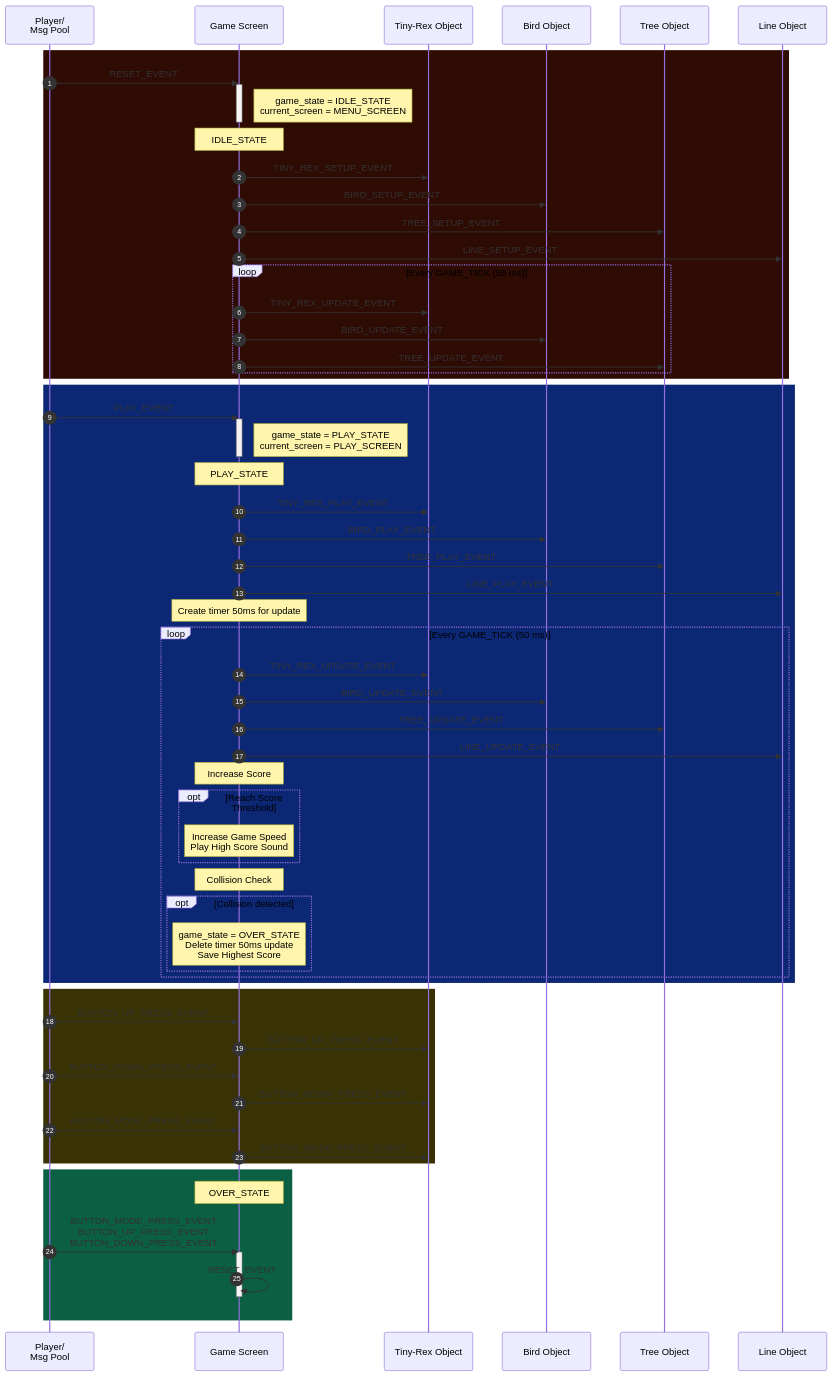
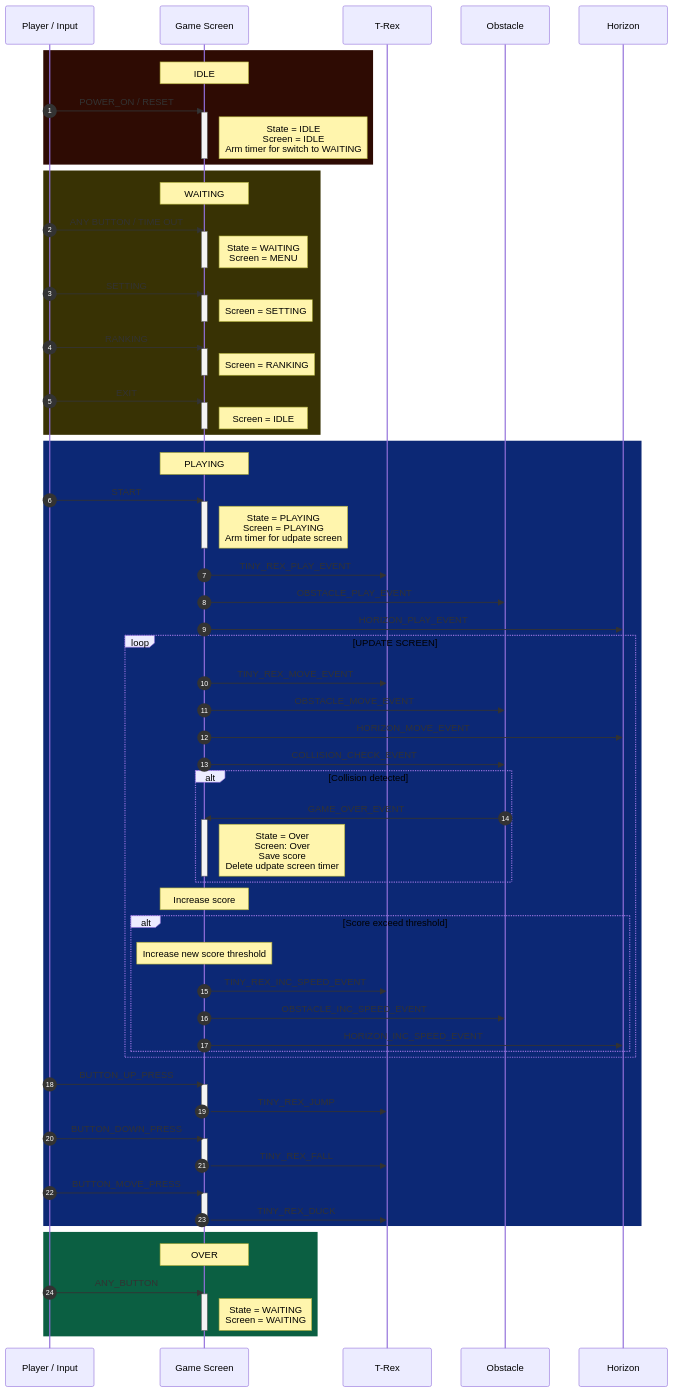
The diagram in README.md (truongvanvuembedded/Tiny-Rex), drawn with Mermaid before and after one commit. The commit also changed other lines of this file and 54 other files, not shown here.

````diff
--- a/README.md
+++ b/README.md
@@ -125,98 +137,97 @@
 sequenceDiagram
     autonumber
 
-    participant Act as Player/<br/>Msg Pool
+    participant Act as Player / Input
     participant Scr as Game Screen
-    participant Rex as Tiny-Rex Object
-    participant Bird as Bird Object
-    participant Tree as Tree Object
-    participant Line as Line Object
+    participant Rex as T-Rex
+    participant Obs as Obstacle
+    participant Hor as Horizon
 
-    %%========================
-    %% Reset Game
-    %%========================
+    %% ===== Idle Screen =====
     rect rgb(46, 11, 3)
-    Act->>Scr: RESET_EVENT
-    activate Scr
-    Note right of Scr: game_state = IDLE_STATE<br/>current_screen = MENU_SCREEN
-    deactivate Scr
-
-    Note over Scr: IDLE_STATE
-    Scr->>Rex: TINY_REX_SETUP_EVENT
-    Scr->>Bird: BIRD_SETUP_EVENT
-    Scr->>Tree: TREE_SETUP_EVENT
-    Scr->>Line: LINE_SETUP_EVENT
-
-    loop Every GAME_TICK (50 ms)
-        Scr->>Rex: TINY_REX_UPDATE_EVENT
-        Scr->>Bird: BIRD_UPDATE_EVENT
-        Scr->>Tree: TREE_UPDATE_EVENT
-    end
+		    Note over Scr: IDLE
+        Act->>Scr: POWER_ON / RESET
+        activate Scr
+        Note right of Scr: State = IDLE <br/> Screen = IDLE <br/> Arm timer for switch to WAITING
+        deactivate Scr
     end
 
-    %%========================
-    %% Start Game
-    %%========================
-    rect rgb(12, 40, 117)
-    Act->>Scr: PLAY_EVENT
-    activate Scr
-    Note right of Scr: game_state = PLAY_STATE<br/>current_screen = PLAY_SCREEN
-    deactivate Scr
+    %% ===== Waiting Screen =====
+    rect rgb(56, 50, 4)
+		    Note over Scr: WAITING
+        Act->>Scr: ANY BUTTON / TIME OUT
+        activate Scr
+        Note right of Scr: State = WAITING <br/> Screen = MENU
+        deactivate Scr
 
-    Note over Scr: PLAY_STATE
-    Scr->>Rex: TINY_REX_PLAY_EVENT
-    Scr->>Bird: BIRD_PLAY_EVENT
-    Scr->>Tree: TREE_PLAY_EVENT
-    Scr->>Line: LINE_PLAY_EVENT
-
-    Note over Scr: Create timer 50ms for update
-
-    loop Every GAME_TICK (50 ms)
-
-        Scr->>Rex: TINY_REX_UPDATE_EVENT
-        Scr->>Bird: BIRD_UPDATE_EVENT
-        Scr->>Tree: TREE_UPDATE_EVENT
-        Scr->>Line: LINE_UPDATE_EVENT
-
-        Note over Scr: Increase Score
-
-        opt Reach Score Threshold
-            Note over Scr: Increase Game Speed<br/>Play High Score Sound
-        end
-
-        Note over Scr: Collision Check
-
-        opt Collision detected
-            Note over Scr: game_state = OVER_STATE<br/>Delete timer 50ms update<br/>Save Highest Score
-        end
-
-    end
+		    %% ===== Swich screen base on button input =====
+        Act->>Scr: SETTING
+        activate Scr
+        Note right of Scr: Screen = SETTING
+        deactivate Scr
+        Act->>Scr: RANKING
+        activate Scr
+        Note right of Scr: Screen = RANKING
+        deactivate Scr
+        Act->>Scr: EXIT
+        activate Scr
+        Note right of Scr: Screen = IDLE
+        deactivate Scr
     end
 
-    %%========================
-    %% Player Input
-    %%========================
-    rect rgb(56, 50, 4)
-    Act->>Scr: BUTTON_UP_PRESS_EVENT
-    Scr->>Rex: BUTTON_UP_PRESS_EVENT
+    %% ===== Playing Screen =====
+    rect rgb(12, 40, 117)
+		    Note over Scr: PLAYING
+        Act->>Scr: START
+        activate Scr
+        Note right of Scr: State = PLAYING <br/> Screen = PLAYING <br/> Arm timer for udpate screen
+        deactivate Scr
 
-    Act->>Scr: BUTTON_DOWN_PRESS_EVENT
-    Scr->>Rex: BUTTON_DOWN_PRESS_EVENT
+        Scr->>Rex: TINY_REX_PLAY_EVENT
+        Scr->>Obs: OBSTACLE_PLAY_EVENT
+        Scr->>Hor: HORIZON_PLAY_EVENT
 
-    Act->>Scr: BUTTON_MODE_PRESS_EVENT
-    Scr->>Rex: BUTTON_MODE_PRESS_EVENT
+        loop UPDATE SCREEN
+            Scr->>Rex: TINY_REX_MOVE_EVENT
+            Scr->>Obs: OBSTACLE_MOVE_EVENT
+            Scr->>Hor: HORIZON_MOVE_EVENT
+            Scr->>Obs: COLLISION_CHECK_EVENT
+            alt Collision detected
+                Obs->>Scr: GAME_OVER_EVENT
+				        activate Scr
+                Note right of Scr: State = Over <br/> Screen: Over <br/> Save score <br/> Delete udpate screen timer
+			          deactivate Scr
+            end
+            Note over Scr: Increase score
+            alt Score exceed threshold
+              Note over Scr: Increase new score threshold
+	            Scr->>Rex: TINY_REX_INC_SPEED_EVENT
+	            Scr->>Obs: OBSTACLE_INC_SPEED_EVENT
+			        Scr->>Hor: HORIZON_INC_SPEED_EVENT
+            end
+        end
+        
+		    %% ===== Button handler =====
+        Act->>Scr: BUTTON_UP_PRESS
+	        activate Scr
+	        Scr->>Rex: TINY_REX_JUMP
+	        deactivate Scr
+        Act->>Scr: BUTTON_DOWN_PRESS
+	        activate Scr
+	        Scr->>Rex: TINY_REX_FALL
+	        deactivate Scr
+        Act->>Scr: BUTTON_MOVE_PRESS
+	        activate Scr
+	        Scr->>Rex: TINY_REX_DUCK
+	        deactivate Scr
     end
 
-    %%========================
-    %% Game Over
-    %%========================
+    %% ===== GameOver Screen =====
     rect rgb(11, 95, 66)
-    Note over Scr: OVER_STATE
-
-    Act->>Scr: BUTTON_MODE_PRESS_EVENT<br/>BUTTON_UP_PRESS_EVENT<br/>BUTTON_DOWN_PRESS_EVENT
-
-    activate Scr
-    Scr->>Scr: RESET_EVENT
-    deactivate Scr
+		    Note over Scr: OVER
+        Act->>Scr: ANY_BUTTON
+        activate Scr
+        Note right of Scr: State = WAITING <br/> Screen = WAITING
+        deactivate Scr
     end
 ```
````
